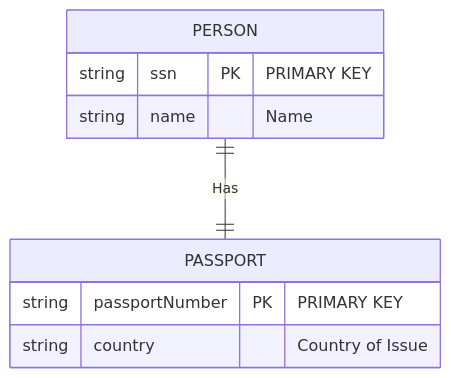
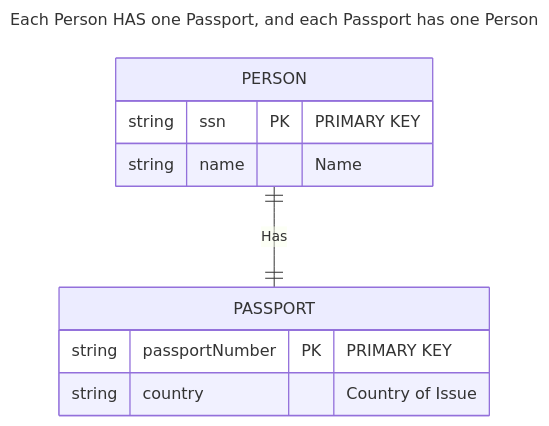
The fourth of 7 diagrams in README.MD (ahauser16/express-pg-relationship-demo), drawn with Mermaid before and after one commit. The commit also changed other lines of this file, not shown here.

Commit message:
update README.MD file with better diagrams

````diff
--- a/README.MD
+++ b/README.MD
@@ -278,12 +278,15 @@
 ```mermaid
+---
+title: Each Person HAS one Passport, and each Passport has one Person
+---
 erDiagram
     PERSON {
         string ssn PK "PRIMARY KEY"
         string name "Name"
     }
     PASSPORT {
         string passportNumber PK "PRIMARY KEY"
         string country "Country of Issue"
     }
     PERSON ||--|| PASSPORT : "Has"
 ```
````
